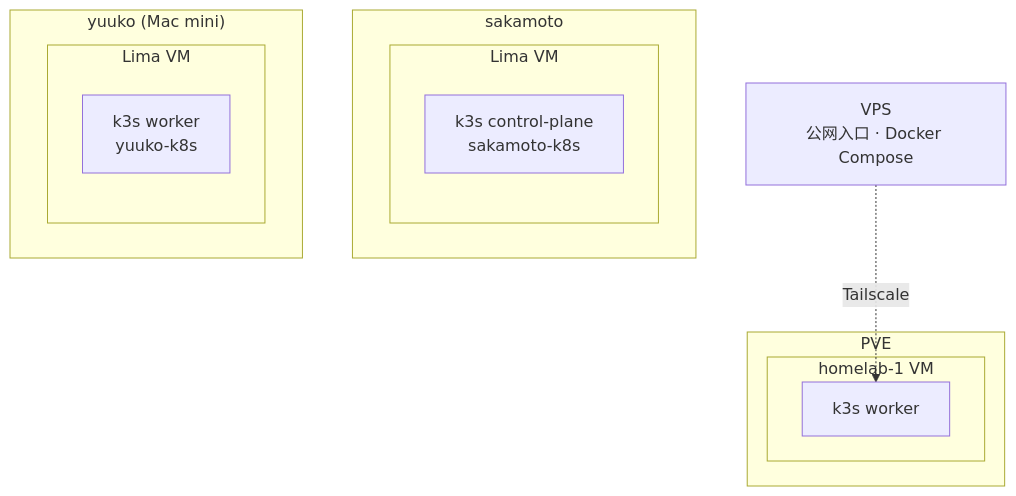
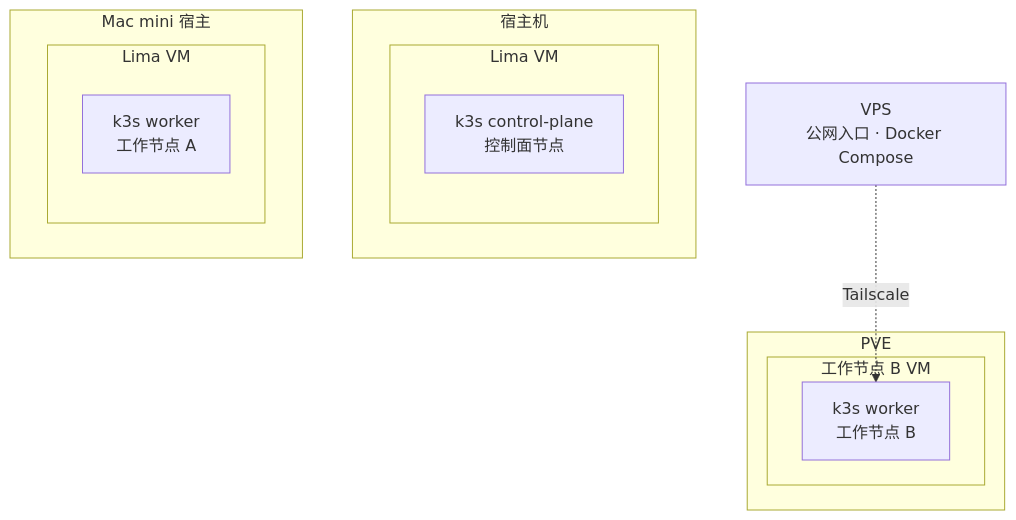
Before and after one commit to shelken/home-ops: the first of 9 diagrams in docs/ARCHITECTURE.md, drawn with Mermaid. The commit also changed other lines of this file and 1 other file, not shown here.

First line of the commit message:
docs(architecture): 统一集群全景架构动态图与文档并完成脱敏

````diff
--- a/docs/ARCHITECTURE.md
+++ b/docs/ARCHITECTURE.md
@@ -15,23 +15,23 @@
 ```mermaid
 graph TB
-    subgraph SAKAMOTO["sakamoto"]
+    subgraph SAKAMOTO["宿主机"]
         subgraph LIMA["Lima VM"]
-            CP["k3s control-plane<br/>sakamoto-k8s"]
+            CP["k3s control-plane<br/>控制面节点"]
         end
     end
 
     subgraph PVE["PVE"]
-        subgraph PVE_VM["homelab-1 VM"]
-            WORKER["k3s worker"]
+        subgraph PVE_VM["工作节点 B VM"]
+            WORKER["k3s worker<br/>工作节点 B"]
         end
     end
 
-    subgraph YUUKO["yuuko (Mac mini)"]
+    subgraph YUUKO["Mac mini 宿主"]
         subgraph LIMA2["Lima VM"]
-            WORKER2["k3s worker<br/>yuuko-k8s"]
+            WORKER2["k3s worker<br/>工作节点 A"]
         end
     end
 
     VPS["VPS<br/>公网入口 · Docker Compose"]
     VPS -.->|"Tailscale"| WORKER
 ```
````
